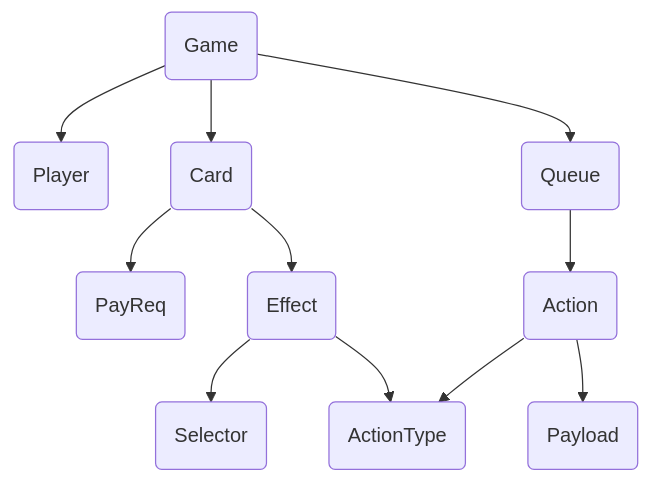
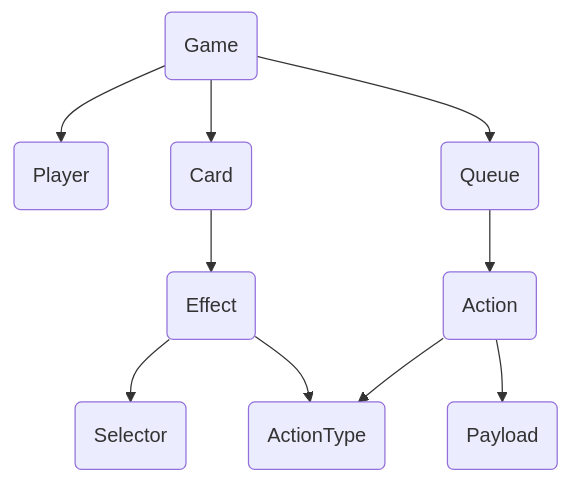
The first of 6 diagrams in README.md (stephtelolahy/WildWestOnline), drawn with Mermaid before and after one commit. The commit also changed other lines of this file, not shown here.

````diff
--- a/README.md
+++ b/README.md
@@ -32,13 +32,12 @@
 ```mermaid
 graph TD;
     GAME(Game) --> PLAYER(Player);
     GAME --> CARD(Card);
     GAME --> QUEUE(Queue);
     QUEUE --> ACTION(Action);
     ACTION --> ACTIONTYPE(ActionType);
     ACTION --> PAYLOAD(Payload);
-    CARD --> PLAYREQ(PayReq);
     CARD --> EFFECT(Effect);
     EFFECT --> SELECTOR(Selector);
     EFFECT --> ACTIONTYPE;
 ```
````
